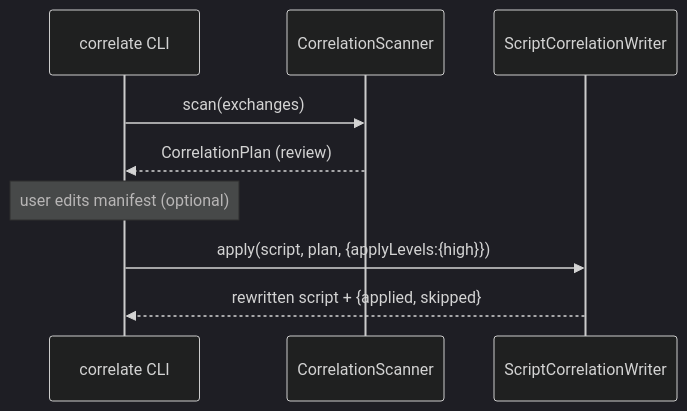
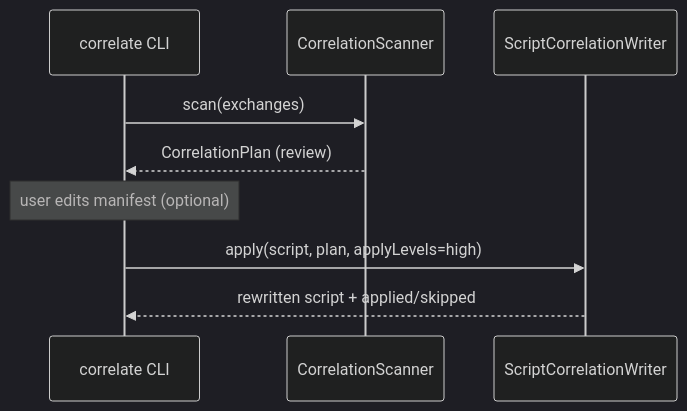
The second of 2 diagrams in engineering_docs/edd/EDD-auto-correlation.md (Mechavenger-adi/PerfFramework_k6), drawn with Mermaid (dark theme) before and after one commit. The commit also changed 4 other files, not shown here.

First line of the commit message:
docs(engineering): fix Mermaid sequence/state diagrams

````diff
--- a/engineering_docs/edd/EDD-auto-correlation.md
+++ b/engineering_docs/edd/EDD-auto-correlation.md
@@ -80,11 +80,11 @@
 ```mermaid
 sequenceDiagram
   participant CLI as correlate CLI
   participant SC as CorrelationScanner
   participant WR as ScriptCorrelationWriter
   CLI->>SC: scan(exchanges)
   SC-->>CLI: CorrelationPlan (review)
   Note over CLI: user edits manifest (optional)
-  CLI->>WR: apply(script, plan, {applyLevels:{high}})
-  WR-->>CLI: rewritten script + {applied, skipped}
+  CLI->>WR: apply(script, plan, applyLevels=high)
+  WR-->>CLI: rewritten script + applied/skipped
 ```
````
